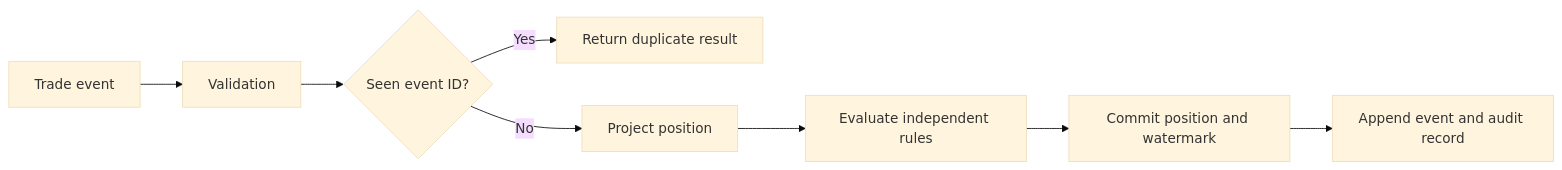
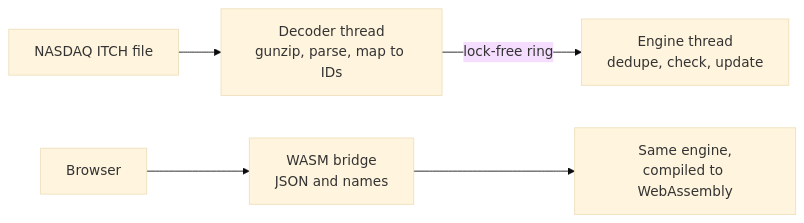
One commit to tenth-package0/sentinel changed the diagram in README.md. Above: the diagram before and after it, drawn with Mermaid (base theme). The commit also changed other lines of this file and 35 other files, not shown here.

````diff
--- a/README.md
+++ b/README.md
@@ -22,10 +52,6 @@
 ```mermaid
 flowchart LR
-    A[Trade event] --> B[Validation]
-    B --> C{Seen event ID?}
-    C -->|Yes| D[Return duplicate result]
-    C -->|No| E[Project position]
-    E --> F[Evaluate independent rules]
-    F --> G[Commit position and watermark]
-    G --> H[Append event and audit record]
+    F[NASDAQ ITCH file] --> D[Decoder thread<br/>gunzip, parse, map to IDs]
+    D -->|lock-free ring| E[Engine thread<br/>dedupe, check, update]
+    B[Browser] --> W[WASM bridge<br/>JSON and names] --> E2[Same engine,<br/>compiled to WebAssembly]
 ```
````
